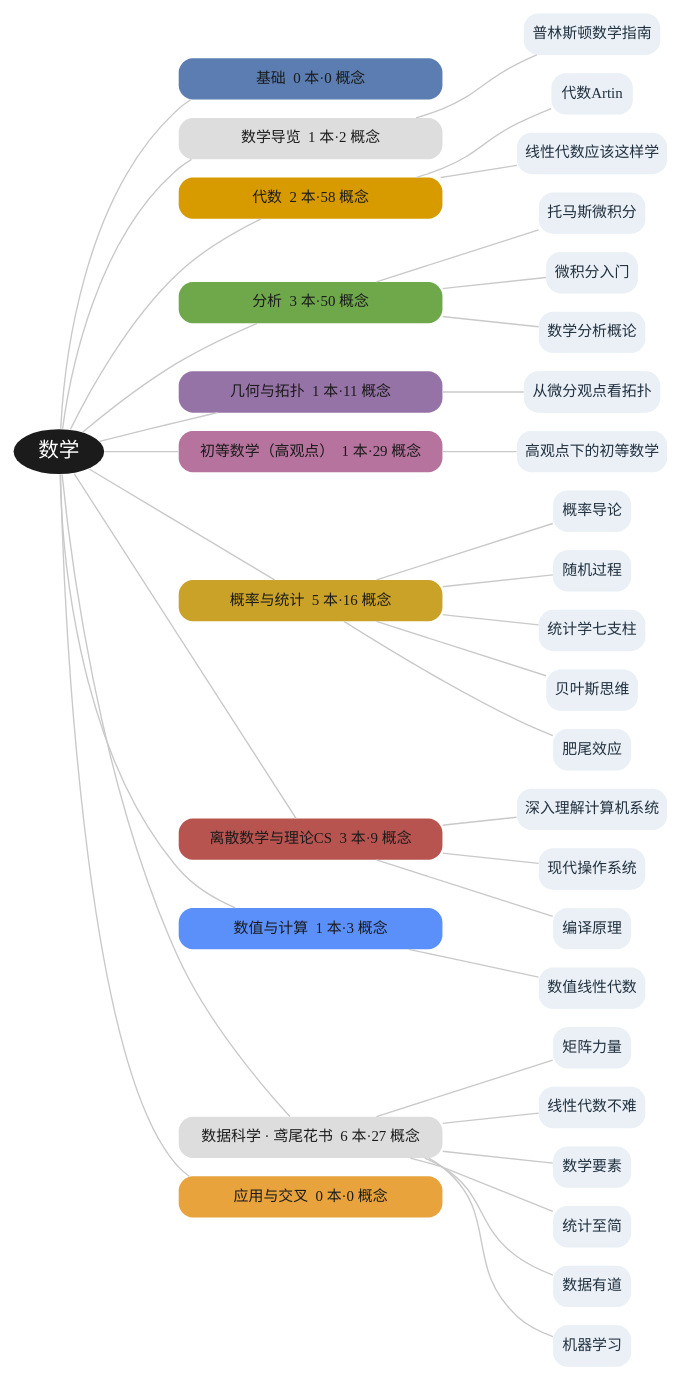
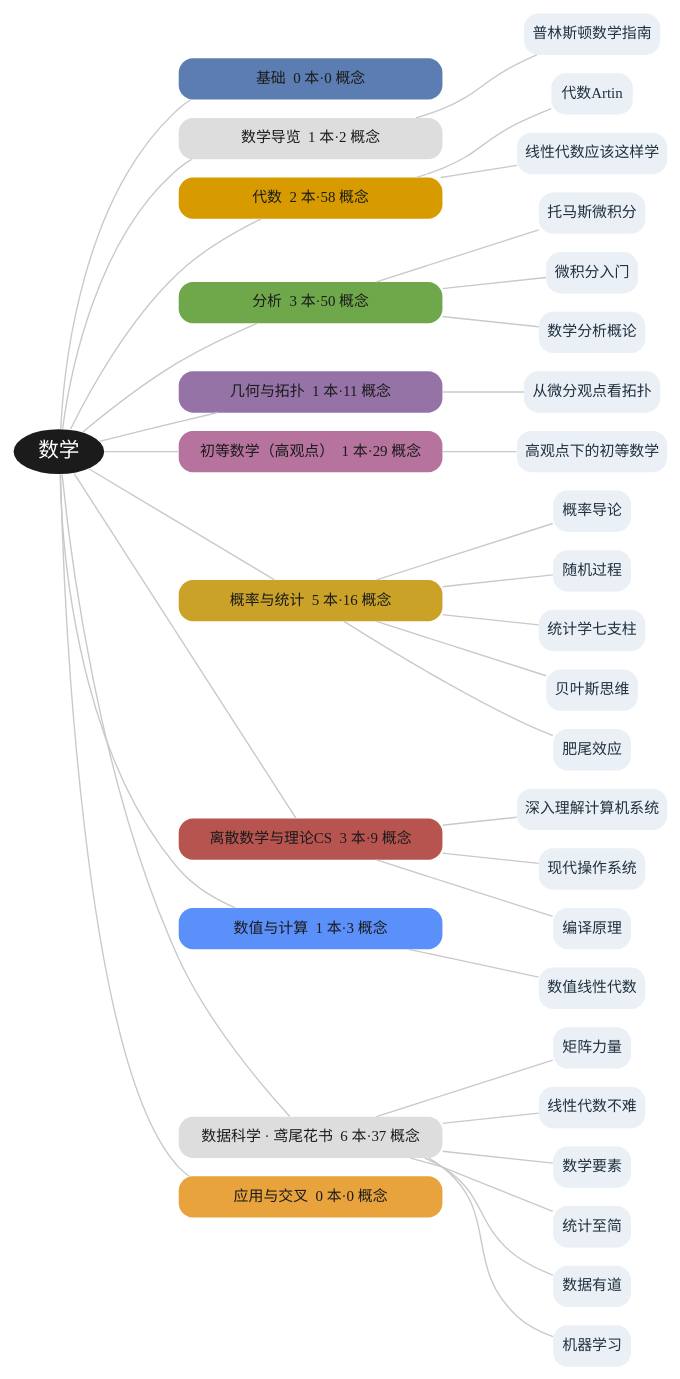
One commit to lyp0746/lyp-notes changed the diagram in book/figures/fig-branches.dot. Above: the diagram before and after it, drawn with Graphviz. The commit also changed 29 other files, not shown here.

Commit message:
修正《线性代数不难》：此前误收了 Axler 1.A，现替换为真正的鸢尾花书线代卷(15 章)；重拆 raw、重写实体/导读、新增概念「瑞利商」；重建地图与 PDF(23 书/190 概念, 104 页)

```diff
--- a/book/figures/fig-branches.dot
+++ b/book/figures/fig-branches.dot
@@ -1,74 +1,74 @@
 digraph G {
   graph [bgcolor="white", rankdir=LR, nodesep=0.22, ranksep=0.9];
   node [shape=box, style="rounded,filled", penwidth=0, fontname="Microsoft YaHei", fontsize=13];
   edge [color="#C9C9C9", arrowhead=none, penwidth=1.2];
   MATH [label="数学", shape=ellipse, fillcolor="#1B1B1B", fontcolor="white", fontsize=18, width=1.1];
   b_base [label="基础  0 本·0 概念", fillcolor="#5B7DB1", fontcolor="#1B1B1B", width=3.2];
   MATH -> b_base;
   b_guide [label="数学导览  1 本·2 概念", fillcolor="#DDDDDD", fontcolor="#1B1B1B", width=3.2];
   MATH -> b_guide;
   b_alg [label="代数  2 本·58 概念", fillcolor="#D79B00", fontcolor="#1B1B1B", width=3.2];
   MATH -> b_alg;
   b_ana [label="分析  3 本·50 概念", fillcolor="#6FA84A", fontcolor="#1B1B1B", width=3.2];
   MATH -> b_ana;
   b_geo [label="几何与拓扑  1 本·11 概念", fillcolor="#9673A6", fontcolor="#1B1B1B", width=3.2];
   MATH -> b_geo;
   b_elem [label="初等数学（高观点）  1 本·29 概念", fillcolor="#B5739D", fontcolor="#1B1B1B", width=3.2];
   MATH -> b_elem;
   b_prob [label="概率与统计  5 本·16 概念", fillcolor="#C9A227", fontcolor="#1B1B1B", width=3.2];
   MATH -> b_prob;
   b_disc [label="离散数学与理论CS  3 本·9 概念", fillcolor="#B85450", fontcolor="#1B1B1B", width=3.2];
   MATH -> b_disc;
   b_num [label="数值与计算  1 本·3 概念", fillcolor="#5B8FF9", fontcolor="#1B1B1B", width=3.2];
   MATH -> b_num;
-  b_iris [label="数据科学 · 鸢尾花书  6 本·27 概念", fillcolor="#DDDDDD", fontcolor="#1B1B1B", width=3.2];
+  b_iris [label="数据科学 · 鸢尾花书  6 本·37 概念", fillcolor="#DDDDDD", fontcolor="#1B1B1B", width=3.2];
   MATH -> b_iris;
   b_app [label="应用与交叉  0 本·0 概念", fillcolor="#E8A33D", fontcolor="#1B1B1B", width=3.2];
   MATH -> b_app;
   bk_PCM [label="普林斯顿数学指南", fillcolor="#EAF0F6", fontcolor="#20303F"];
   b_guide -> bk_PCM;
   bk_AT [label="代数Artin", fillcolor="#EAF0F6", fontcolor="#20303F"];
   b_alg -> bk_AT;
   bk_LA [label="线性代数应该这样学", fillcolor="#EAF0F6", fontcolor="#20303F"];
   b_alg -> bk_LA;
   bk_CA [label="托马斯微积分", fillcolor="#EAF0F6", fontcolor="#20303F"];
   b_ana -> bk_CA;
   bk_CM [label="微积分入门", fillcolor="#EAF0F6", fontcolor="#20303F"];
   b_ana -> bk_CM;
   bk_MA [label="数学分析概论", fillcolor="#EAF0F6", fontcolor="#20303F"];
   b_ana -> bk_MA;
   bk_DT [label="从微分观点看拓扑", fillcolor="#EAF0F6", fontcolor="#20303F"];
   b_geo -> bk_DT;
   bk_KG [label="高观点下的初等数学", fillcolor="#EAF0F6", fontcolor="#20303F"];
   b_elem -> bk_KG;
   bk_PD [label="概率导论", fillcolor="#EAF0F6", fontcolor="#20303F"];
   b_prob -> bk_PD;
   bk_SP [label="随机过程", fillcolor="#EAF0F6", fontcolor="#20303F"];
   b_prob -> bk_SP;
   bk_SS [label="统计学七支柱", fillcolor="#EAF0F6", fontcolor="#20303F"];
   b_prob -> bk_SS;
   bk_BT [label="贝叶斯思维", fillcolor="#EAF0F6", fontcolor="#20303F"];
   b_prob -> bk_BT;
   bk_FT [label="肥尾效应", fillcolor="#EAF0F6", fontcolor="#20303F"];
   b_prob -> bk_FT;
   bk_CSAPP [label="深入理解计算机系统", fillcolor="#EAF0F6", fontcolor="#20303F"];
   b_disc -> bk_CSAPP;
   bk_MOS [label="现代操作系统", fillcolor="#EAF0F6", fontcolor="#20303F"];
   b_disc -> bk_MOS;
   bk_CP [label="编译原理", fillcolor="#EAF0F6", fontcolor="#20303F"];
   b_disc -> bk_CP;
   bk_NLA [label="数值线性代数", fillcolor="#EAF0F6", fontcolor="#20303F"];
   b_num -> bk_NLA;
   bk_MX [label="矩阵力量", fillcolor="#EAF0F6", fontcolor="#20303F"];
   b_iris -> bk_MX;
   bk_LNA [label="线性代数不难", fillcolor="#EAF0F6", fontcolor="#20303F"];
   b_iris -> bk_LNA;
   bk_SJ [label="数学要素", fillcolor="#EAF0F6", fontcolor="#20303F"];
   b_iris -> bk_SJ;
   bk_TZ [label="统计至简", fillcolor="#EAF0F6", fontcolor="#20303F"];
   b_iris -> bk_TZ;
   bk_DY [label="数据有道", fillcolor="#EAF0F6", fontcolor="#20303F"];
   b_iris -> bk_DY;
   bk_MLI [label="机器学习", fillcolor="#EAF0F6", fontcolor="#20303F"];
   b_iris -> bk_MLI;
 }
```
